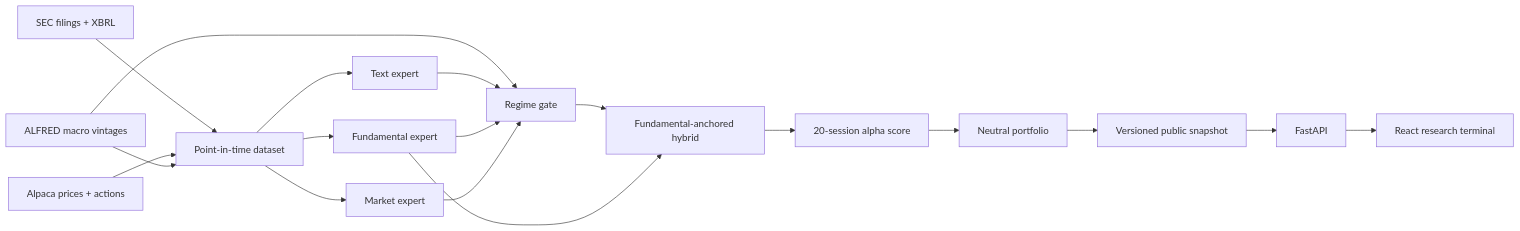
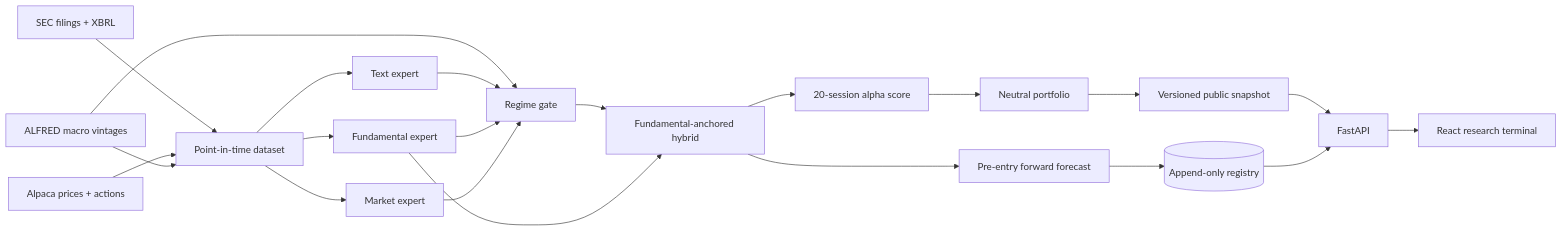
One commit to hoangnguyen2003/edgar-moe changed the diagram in README.md. Above: the diagram before and after it, drawn with Mermaid. The commit also changed other lines of this file and 63 other files, not shown here.

````diff
--- a/README.md
+++ b/README.md
@@ -29,20 +30,23 @@
 ```mermaid
 flowchart LR
   SEC[SEC filings + XBRL] --> PIT[Point-in-time dataset]
   ALP[Alpaca prices + actions] --> PIT
   FRED[ALFRED macro vintages] --> PIT
   PIT --> TEXT[Text expert]
   PIT --> FUND[Fundamental expert]
   PIT --> MKT[Market expert]
   FRED --> GATE[Regime gate]
   TEXT --> GATE
   FUND --> GATE
   MKT --> GATE
   GATE --> ANCHOR[Fundamental-anchored hybrid]
   FUND --> ANCHOR
   ANCHOR --> SCORE[20-session alpha score]
   SCORE --> PORT[Neutral portfolio]
   PORT --> SNAP[Versioned public snapshot]
   SNAP --> API[FastAPI]
+  ANCHOR --> FWD[Pre-entry forward forecast]
+  FWD --> REG[(Append-only registry)]
+  REG --> API
   API --> WEB[React research terminal]
 ```
````
